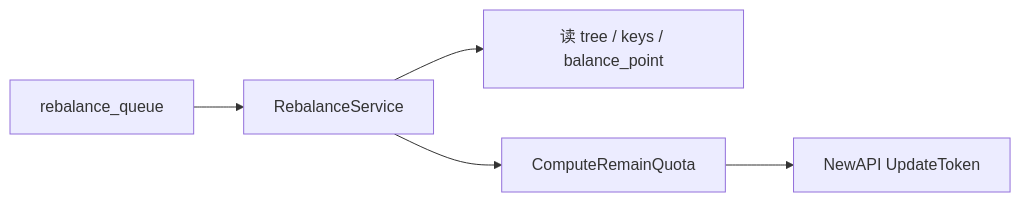
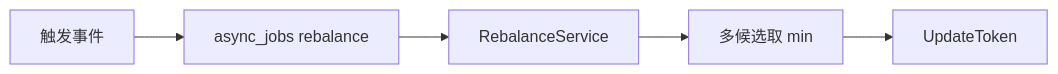
Before and after one commit to quyip8818/mytokenjoy: the seventh of 9 diagrams in docs/Backend-预算.md, drawn with Mermaid. The commit also changed other lines of this file and 40 other files, not shown here.

````diff
--- a/docs/Backend-预算.md
+++ b/docs/Backend-预算.md
@@ -215,7 +253,7 @@
 ```mermaid
 flowchart LR
-  Q[rebalance_queue] --> RB[RebalanceService]
-  RB --> READ[读 tree / keys / balance_point]
-  RB --> CALC[ComputeRemainQuota]
-  CALC --> NA[NewAPI UpdateToken]
+  EVT[触发事件] --> AJ[async_jobs rebalance]
+  AJ --> RB[RebalanceService]
+  RB --> MIN[多候选取 min]
+  MIN --> NA[UpdateToken]
 ```
````
